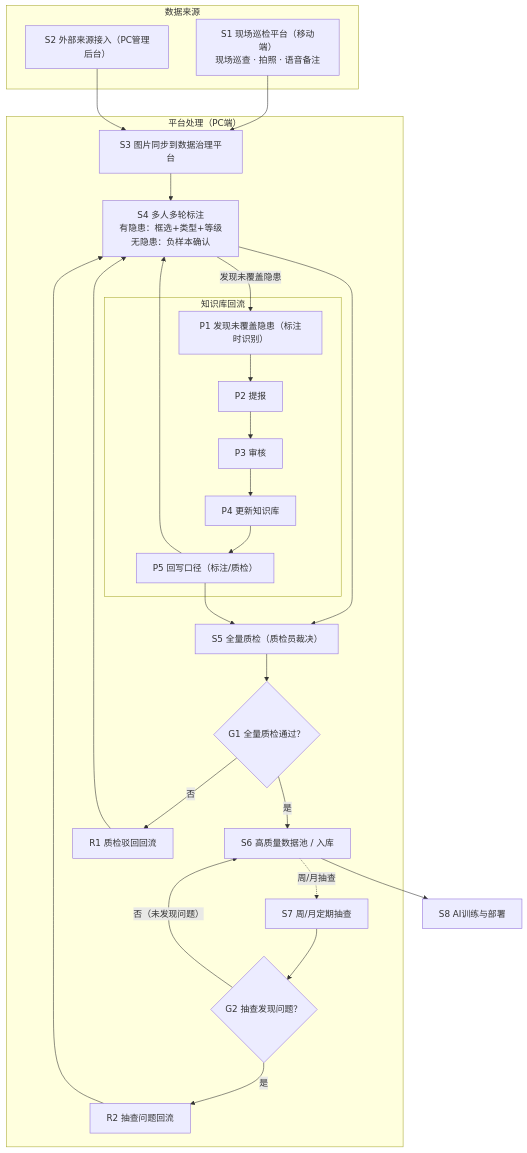
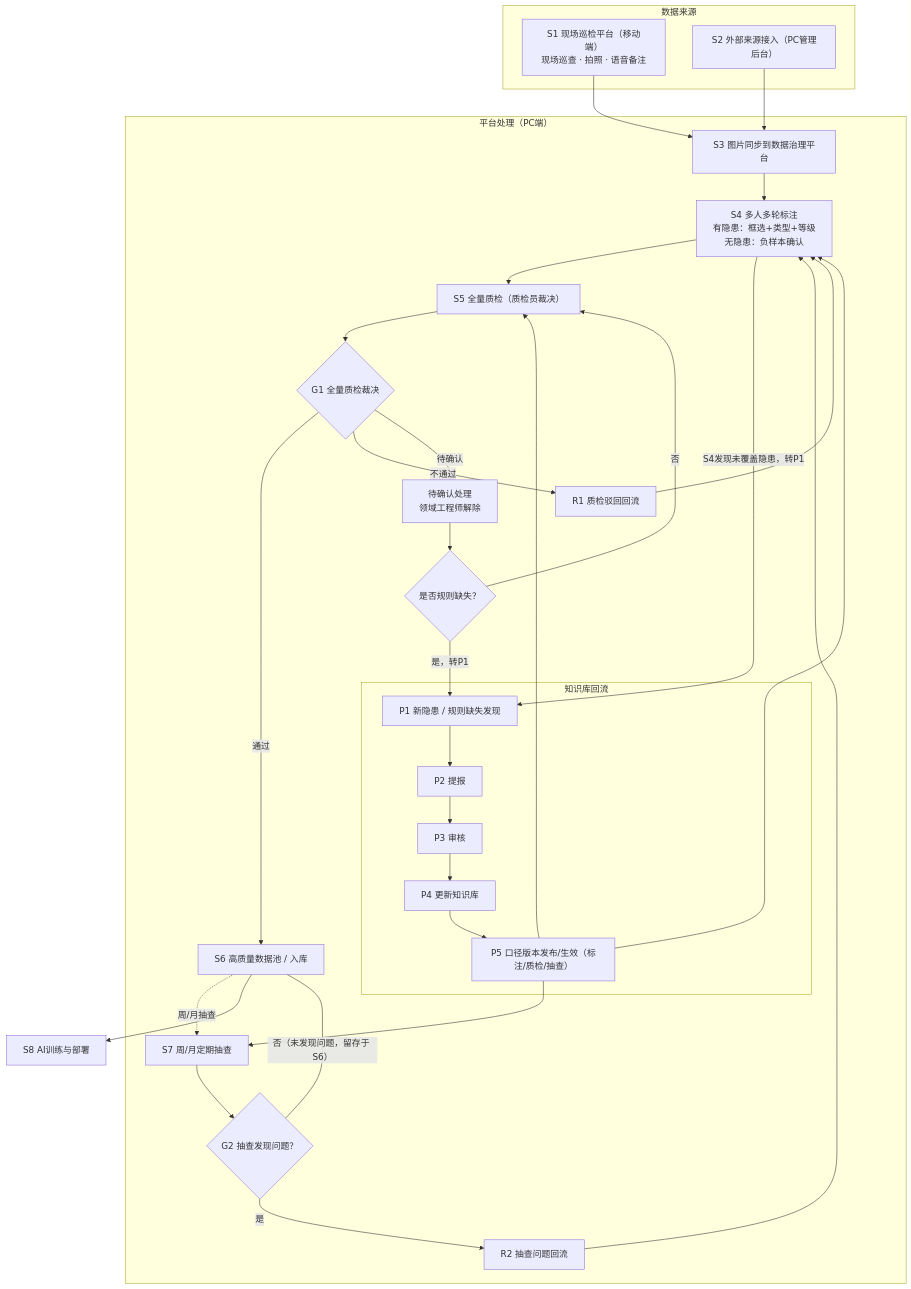
One commit to zhudan930612/Data-governance changed the diagram in 数据治理平台-Mermaid.mmd. Above: the diagram before and after it, drawn with Mermaid. The commit also changed 2 other files, not shown here.

```diff
--- a/数据治理平台-Mermaid.mmd
+++ b/数据治理平台-Mermaid.mmd
@@ -1,39 +1,44 @@
 %%{init: {'theme':'mc'}}%%
 flowchart TD
     subgraph SRC ["数据来源"]
         A1["S1 现场巡检平台（移动端）<br/>现场巡查 · 拍照 · 语音备注"]
         A2["S2 外部来源接入（PC管理后台）"]
     end
 
     A1 --> B["S3 图片同步到数据治理平台"]
     A2 --> B
 
     subgraph PLT ["平台处理（PC端）"]
         B --> E["S4 多人多轮标注<br/>有隐患：框选+类型+等级<br/>无隐患：负样本确认"]
         E --> G["S5 全量质检（质检员裁决）"]
-        G --> G1{"G1 全量质检通过？"}
-        G1 -->|"是"| H["S6 高质量数据池 / 入库"]
-        G1 -->|"否"| R1["R1 质检驳回回流"]
+        G --> G1{"G1 全量质检裁决"}
+        G1 -->|"通过"| H["S6 高质量数据池 / 入库"]
+        G1 -->|"不通过"| R1["R1 质检驳回回流"]
+        G1 -->|"待确认"| Q["待确认处理<br/>领域工程师解除"]
         R1 --> E
+        Q --> Q1{"是否规则缺失？"}
+        Q1 -->|"是，转P1"| U
+        Q1 -->|"否"| G
 
         H -.->|"周/月抽查"| S7["S7 周/月定期抽查"]
         S7 --> G2{"G2 抽查发现问题？"}
         G2 -->|"是"| R2["R2 抽查问题回流"]
-        G2 -->|"否（未发现问题）"| H
+        G2 ---|"否（未发现问题，留存于 S6）"| H
         R2 --> E
 
         subgraph LOOP ["知识库回流"]
-            U["P1 发现未覆盖隐患（标注时识别）"]
+            U["P1 新隐患 / 规则缺失发现"]
             U --> V["P2 提报"]
             V --> W["P3 审核"]
             W --> X["P4 更新知识库"]
-            X --> Y["P5 回写口径（标注/质检）"]
+            X --> Y["P5 口径版本发布/生效（标注/质检/抽查）"]
         end
 
-        E -->|"发现未覆盖隐患"| U
+        E -->|"S4发现未覆盖隐患，转P1"| U
         Y --> E
         Y --> G
+        Y --> S7
     end
 
 
     H --> M["S8 AI训练与部署"]
```
